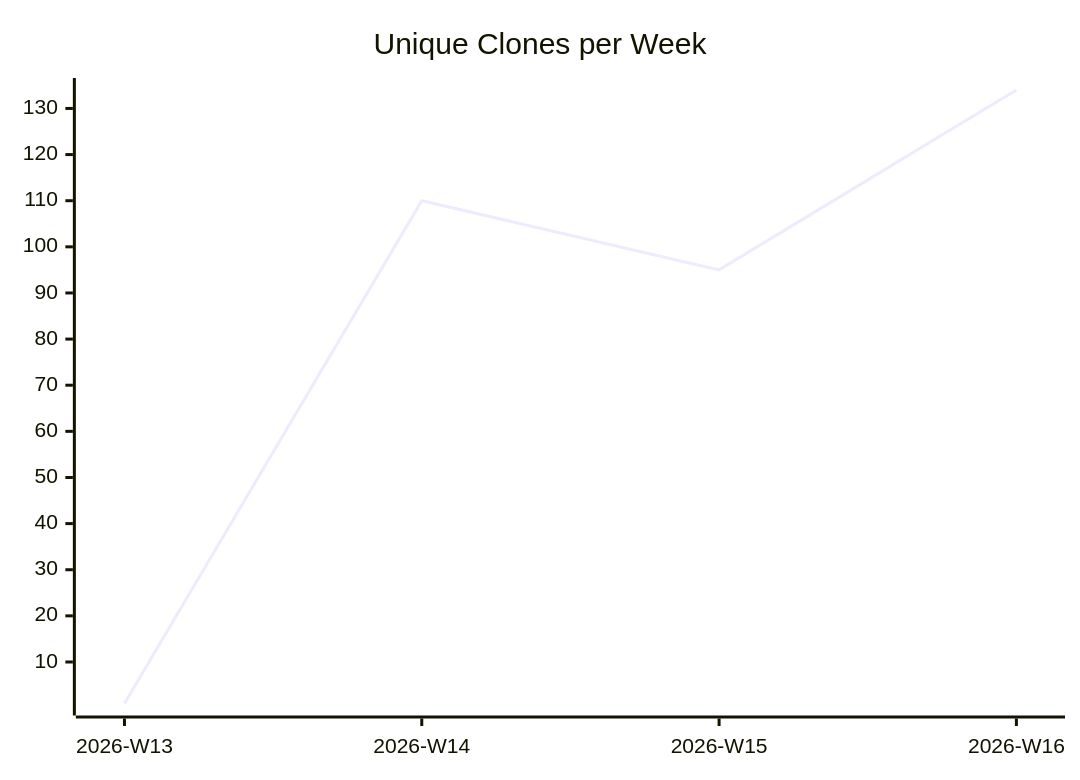
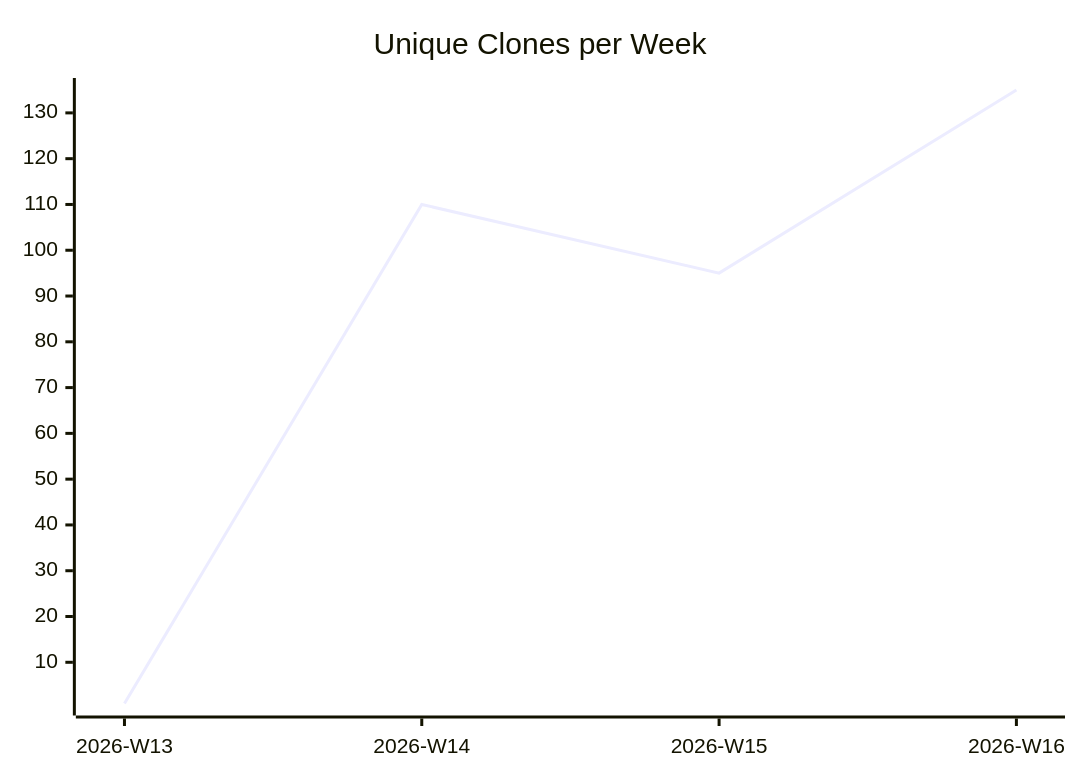
The third of 3 diagrams in justdavis-family/justdavis/README.md (justdavis-family/github-analytics-data), drawn with Mermaid before and after one commit. The commit also changed other lines of this file and 190 other files, not shown here.

````diff
--- a/justdavis-family/justdavis/README.md
+++ b/justdavis-family/justdavis/README.md
@@ -19,6 +19,6 @@
 ```mermaid
 xychart-beta
   title "Unique Clones per Week"
   x-axis ["2026-W13", "2026-W14", "2026-W15", "2026-W16"]
-  line [1, 110, 95, 134]
+  line [1, 110, 95, 135]
 ```
````
